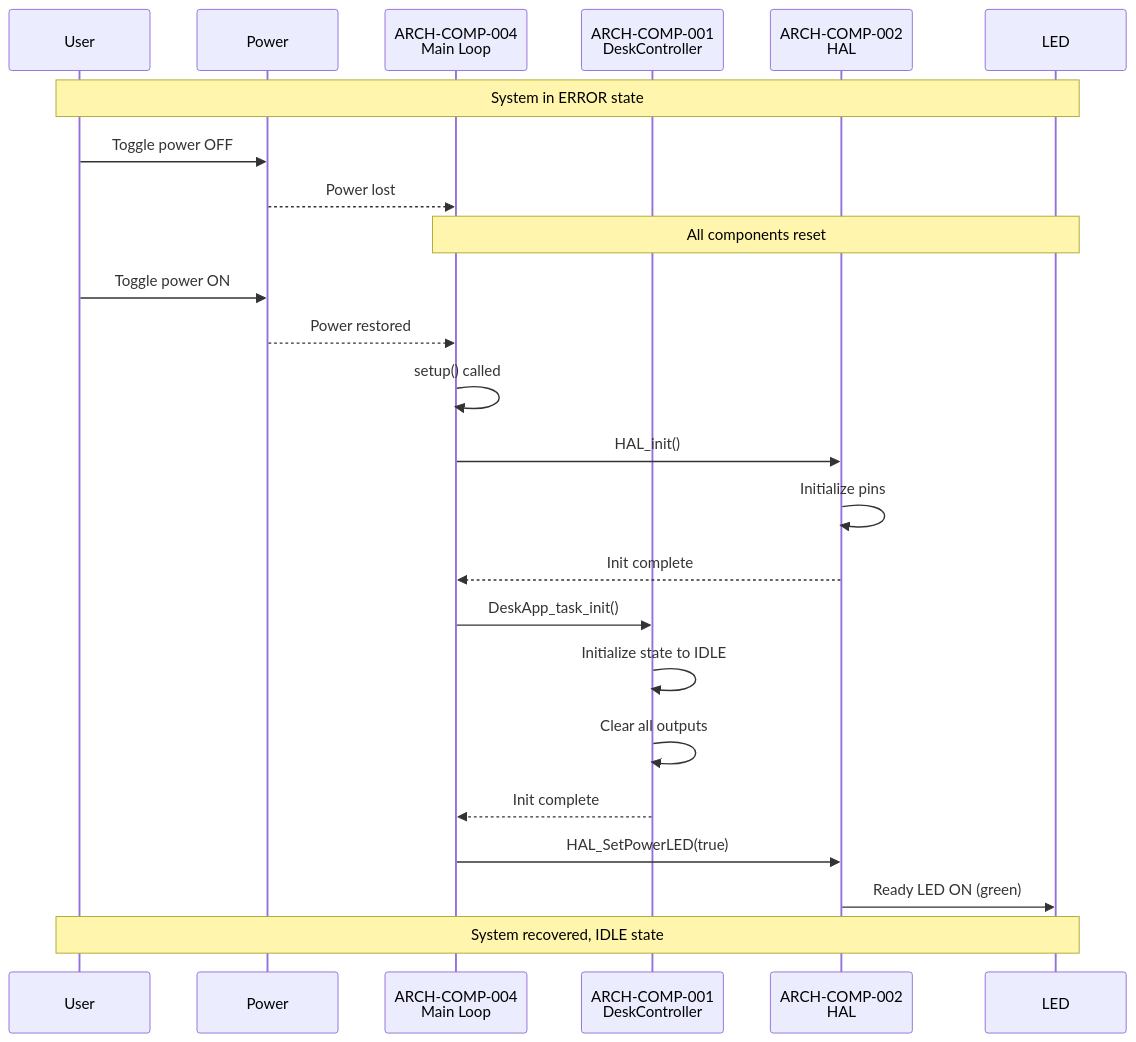
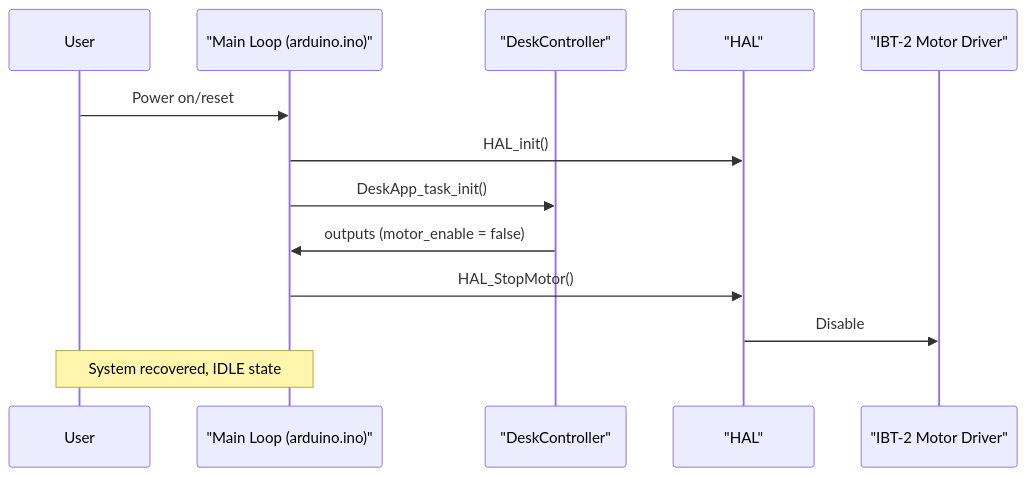
Before and after one commit to aperico/deskautomation: the sixth of 7 diagrams in documentation/SoftwareArchitecture.md, drawn with Mermaid. The commit also changed other lines of this file and 17 other files, not shown here.

````diff
--- a/documentation/SoftwareArchitecture.md
+++ b/documentation/SoftwareArchitecture.md
@@ -708,33 +688,16 @@
 ```mermaid
 sequenceDiagram
     participant User
-    participant Power
-    participant MainLoop as ARCH-COMP-004<br/>Main Loop
-    participant App as ARCH-COMP-001<br/>DeskController
-    participant HAL as ARCH-COMP-002<br/>HAL
-    participant LED
-    
-    Note over User,LED: System in ERROR state
-    
-    User->>Power: Toggle power OFF
-    Power-->>MainLoop: Power lost
-    Note over MainLoop,LED: All components reset
-    
-    User->>Power: Toggle power ON
-    Power-->>MainLoop: Power restored
-    
-    MainLoop->>MainLoop: setup() called
-    MainLoop->>HAL: HAL_init()
-    HAL->>HAL: Initialize pins
-    HAL-->>MainLoop: Init complete
-    
-    MainLoop->>App: DeskApp_task_init()
-    App->>App: Initialize state to IDLE
-    App->>App: Clear all outputs
-    App-->>MainLoop: Init complete
-    
-    MainLoop->>HAL: HAL_SetPowerLED(true)
-    HAL->>LED: Ready LED ON (green)
-    
-    Note over User,LED: System recovered, IDLE state
+    participant MainLoop as "Main Loop (arduino.ino)"
+    participant AppLogic as "DeskController"
+    participant HAL as "HAL"
+    participant Motor as "IBT-2 Motor Driver"
+
+    User ->> MainLoop: Power on/reset
+    MainLoop ->> HAL: HAL_init()
+    MainLoop ->> AppLogic: DeskApp_task_init()
+    AppLogic ->> MainLoop: outputs (motor_enable = false)
+    MainLoop ->> HAL: HAL_StopMotor()
+    HAL ->> Motor: Disable
+    Note over User,MainLoop: System recovered, IDLE state
 ```
````
